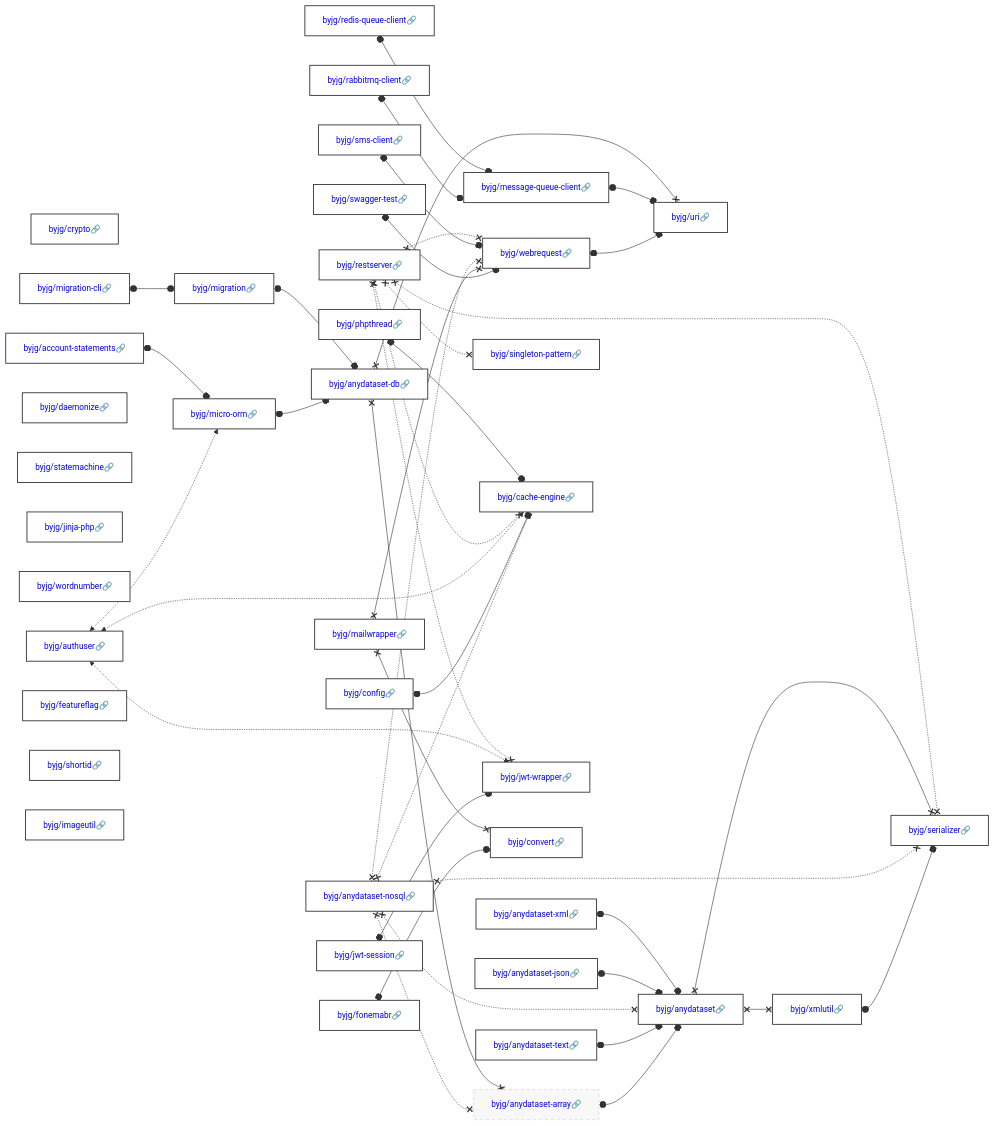
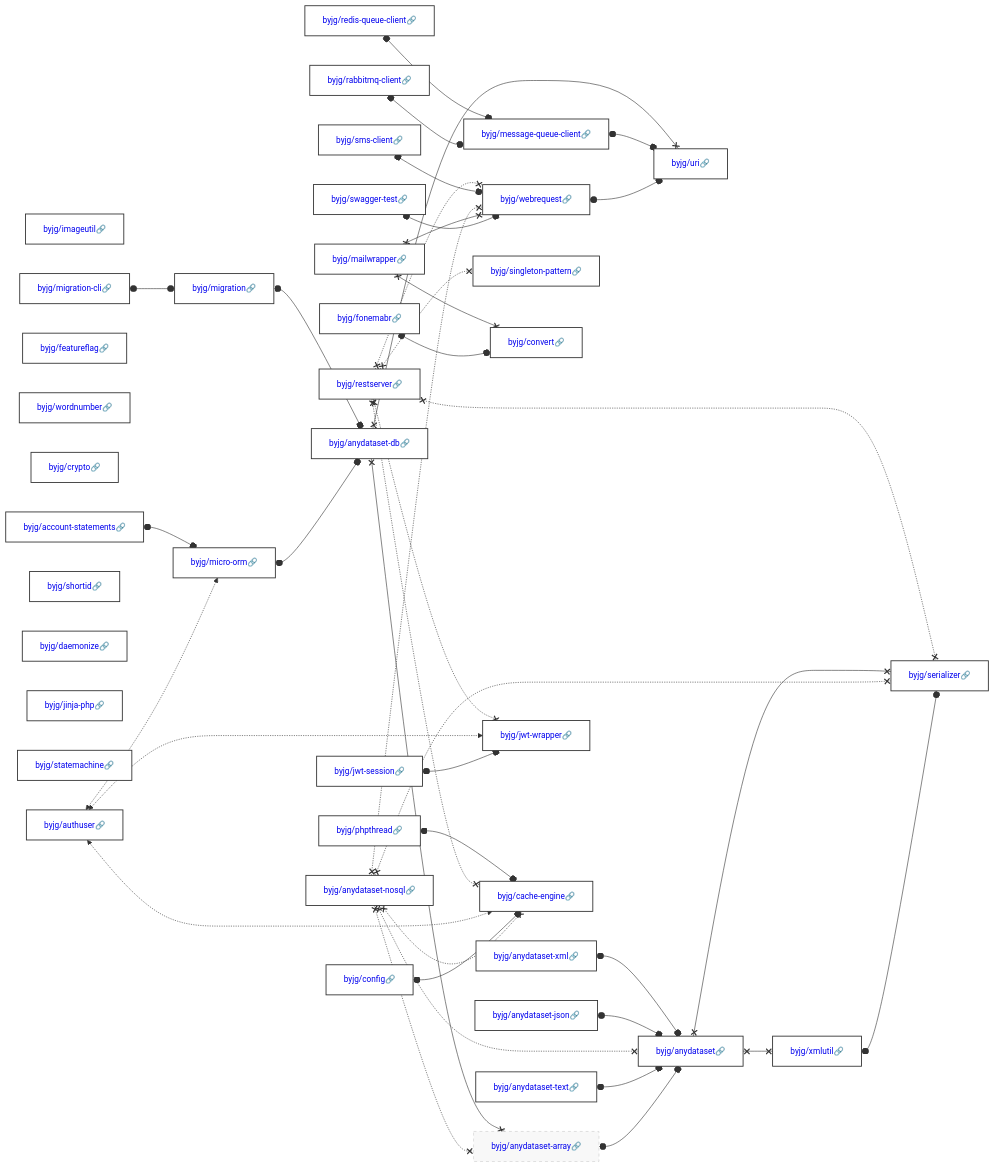
The diagram in docs/php/README.md (byjg/byjg.github.io), drawn with Mermaid before and after one commit. The commit also changed other lines of this file, not shown here.

Commit message:
Update documentation 'php' 'php-anydataset'

````diff
--- a/docs/php/README.md
+++ b/docs/php/README.md
@@ -3,38 +3,38 @@
 ```mermaid
 graph LR;
+  byjg/imageutil[<a href='https://opensource.byjg.com/docs/php/imageutil' style='text-decoration:none'>byjg/imageutil🔗</a>];
+  byjg/config[<a href='https://opensource.byjg.com/docs/php/config' style='text-decoration:none'>byjg/config🔗</a>];
+  byjg/swagger-test[<a href='https://opensource.byjg.com/docs/php/swagger-test' style='text-decoration:none'>byjg/swagger-test🔗</a>];
+  byjg/restserver[<a href='https://opensource.byjg.com/docs/php/restserver' style='text-decoration:none'>byjg/restserver🔗</a>];
+  byjg/redis-queue-client[<a href='https://opensource.byjg.com/docs/php/redis-queue-client' style='text-decoration:none'>byjg/redis-queue-client🔗</a>];
+  byjg/migration-cli[<a href='https://opensource.byjg.com/docs/php/migration-cli' style='text-decoration:none'>byjg/migration-cli🔗</a>];
+  byjg/featureflag[<a href='https://opensource.byjg.com/docs/php/featureflag' style='text-decoration:none'>byjg/featureflag🔗</a>];
+  byjg/anydataset-nosql[<a href='https://opensource.byjg.com/docs/php/anydataset-nosql' style='text-decoration:none'>byjg/anydataset-nosql🔗</a>];
+  byjg/wordnumber[<a href='https://opensource.byjg.com/docs/php/wordnumber' style='text-decoration:none'>byjg/wordnumber🔗</a>];
+  byjg/fonemabr[<a href='https://opensource.byjg.com/docs/php/fonemabr' style='text-decoration:none'>byjg/fonemabr🔗</a>];
   byjg/crypto[<a href='https://opensource.byjg.com/docs/php/crypto' style='text-decoration:none'>byjg/crypto🔗</a>];
+  byjg/account-statements[<a href='https://opensource.byjg.com/docs/php/account-statements' style='text-decoration:none'>byjg/account-statements🔗</a>];
+  byjg/shortid[<a href='https://opensource.byjg.com/docs/php/shortid' style='text-decoration:none'>byjg/shortid🔗</a>];
+  byjg/sms-client[<a href='https://opensource.byjg.com/docs/php/sms-client' style='text-decoration:none'>byjg/sms-client🔗</a>];
+  byjg/anydataset-text[<a href='https://opensource.byjg.com/docs/php/anydataset-text' style='text-decoration:none'>byjg/anydataset-text🔗</a>];
+  byjg/anydataset-xml[<a href='https://opensource.byjg.com/docs/php/anydataset-xml' style='text-decoration:none'>byjg/anydataset-xml🔗</a>];
+  byjg/daemonize[<a href='https://opensource.byjg.com/docs/php/daemonize' style='text-decoration:none'>byjg/daemonize🔗</a>];
+  byjg/mailwrapper[<a href='https://opensource.byjg.com/docs/php/mailwrapper' style='text-decoration:none'>byjg/mailwrapper🔗</a>];
+  byjg/anydataset-json[<a href='https://opensource.byjg.com/docs/php/anydataset-json' style='text-decoration:none'>byjg/anydataset-json🔗</a>];
+  byjg/jinja-php[<a href='https://opensource.byjg.com/docs/php/jinja-php' style='text-decoration:none'>byjg/jinja-php🔗</a>];
+  byjg/statemachine[<a href='https://opensource.byjg.com/docs/php/statemachine' style='text-decoration:none'>byjg/statemachine🔗</a>];
+  byjg/authuser[<a href='https://opensource.byjg.com/docs/php/authuser' style='text-decoration:none'>byjg/authuser🔗</a>];
+  byjg/rabbitmq-client[<a href='https://opensource.byjg.com/docs/php/rabbitmq-client' style='text-decoration:none'>byjg/rabbitmq-client🔗</a>];
+  byjg/jwt-session[<a href='https://opensource.byjg.com/docs/php/jwt-session' style='text-decoration:none'>byjg/jwt-session🔗</a>];
   byjg/phpthread[<a href='https://opensource.byjg.com/docs/php/phpthread' style='text-decoration:none'>byjg/phpthread🔗</a>];
-  byjg/authuser[<a href='https://opensource.byjg.com/docs/php/authuser' style='text-decoration:none'>byjg/authuser🔗</a>];
-  byjg/migration-cli[<a href='https://opensource.byjg.com/docs/php/migration-cli' style='text-decoration:none'>byjg/migration-cli🔗</a>];
-  byjg/anydataset-nosql[<a href='https://opensource.byjg.com/docs/php/anydataset-nosql' style='text-decoration:none'>byjg/anydataset-nosql🔗</a>];
-  byjg/anydataset-text[<a href='https://opensource.byjg.com/docs/php/anydataset-text' style='text-decoration:none'>byjg/anydataset-text🔗</a>];
-  byjg/daemonize[<a href='https://opensource.byjg.com/docs/php/daemonize' style='text-decoration:none'>byjg/daemonize🔗</a>];
-  byjg/fonemabr[<a href='https://opensource.byjg.com/docs/php/fonemabr' style='text-decoration:none'>byjg/fonemabr🔗</a>];
-  byjg/swagger-test[<a href='https://opensource.byjg.com/docs/php/swagger-test' style='text-decoration:none'>byjg/swagger-test🔗</a>];
-  byjg/statemachine[<a href='https://opensource.byjg.com/docs/php/statemachine' style='text-decoration:none'>byjg/statemachine🔗</a>];
-  byjg/anydataset-xml[<a href='https://opensource.byjg.com/docs/php/anydataset-xml' style='text-decoration:none'>byjg/anydataset-xml🔗</a>];
-  byjg/jinja-php[<a href='https://opensource.byjg.com/docs/php/jinja-php' style='text-decoration:none'>byjg/jinja-php🔗</a>];
-  byjg/anydataset-json[<a href='https://opensource.byjg.com/docs/php/anydataset-json' style='text-decoration:none'>byjg/anydataset-json🔗</a>];
-  byjg/redis-queue-client[<a href='https://opensource.byjg.com/docs/php/redis-queue-client' style='text-decoration:none'>byjg/redis-queue-client🔗</a>];
-  byjg/config[<a href='https://opensource.byjg.com/docs/php/config' style='text-decoration:none'>byjg/config🔗</a>];
-  byjg/sms-client[<a href='https://opensource.byjg.com/docs/php/sms-client' style='text-decoration:none'>byjg/sms-client🔗</a>];
-  byjg/wordnumber[<a href='https://opensource.byjg.com/docs/php/wordnumber' style='text-decoration:none'>byjg/wordnumber🔗</a>];
-  byjg/account-statements[<a href='https://opensource.byjg.com/docs/php/account-statements' style='text-decoration:none'>byjg/account-statements🔗</a>];
-  byjg/featureflag[<a href='https://opensource.byjg.com/docs/php/featureflag' style='text-decoration:none'>byjg/featureflag🔗</a>];
-  byjg/shortid[<a href='https://opensource.byjg.com/docs/php/shortid' style='text-decoration:none'>byjg/shortid🔗</a>];
-  byjg/imageutil[<a href='https://opensource.byjg.com/docs/php/imageutil' style='text-decoration:none'>byjg/imageutil🔗</a>];
-  byjg/jwt-session[<a href='https://opensource.byjg.com/docs/php/jwt-session' style='text-decoration:none'>byjg/jwt-session🔗</a>];
-  byjg/rabbitmq-client[<a href='https://opensource.byjg.com/docs/php/rabbitmq-client' style='text-decoration:none'>byjg/rabbitmq-client🔗</a>];
-  byjg/restserver[<a href='https://opensource.byjg.com/docs/php/restserver' style='text-decoration:none'>byjg/restserver🔗</a>];
-  byjg/mailwrapper[<a href='https://opensource.byjg.com/docs/php/mailwrapper' style='text-decoration:none'>byjg/mailwrapper🔗</a>];
+  byjg/singleton-pattern[<a href='https://opensource.byjg.com/docs/php/singleton-pattern' style='text-decoration:none'>byjg/singleton-pattern🔗</a>];
   byjg/migration[<a href='https://opensource.byjg.com/docs/php/migration' style='text-decoration:none'>byjg/migration🔗</a>];
+  byjg/convert[<a href='https://opensource.byjg.com/docs/php/convert' style='text-decoration:none'>byjg/convert🔗</a>];
+  byjg/webrequest[<a href='https://opensource.byjg.com/docs/php/webrequest' style='text-decoration:none'>byjg/webrequest🔗</a>];
   byjg/micro-orm[<a href='https://opensource.byjg.com/docs/php/micro-orm' style='text-decoration:none'>byjg/micro-orm🔗</a>];
   byjg/message-queue-client[<a href='https://opensource.byjg.com/docs/php/message-queue-client' style='text-decoration:none'>byjg/message-queue-client🔗</a>];
-  byjg/singleton-pattern[<a href='https://opensource.byjg.com/docs/php/singleton-pattern' style='text-decoration:none'>byjg/singleton-pattern🔗</a>];
+  byjg/jwt-wrapper[<a href='https://opensource.byjg.com/docs/php/jwt-wrapper' style='text-decoration:none'>byjg/jwt-wrapper🔗</a>];
   byjg/cache-engine[<a href='https://opensource.byjg.com/docs/php/cache-engine' style='text-decoration:none'>byjg/cache-engine🔗</a>];
-  byjg/jwt-wrapper[<a href='https://opensource.byjg.com/docs/php/jwt-wrapper' style='text-decoration:none'>byjg/jwt-wrapper🔗</a>];
-  byjg/convert[<a href='https://opensource.byjg.com/docs/php/convert' style='text-decoration:none'>byjg/convert🔗</a>];
-  byjg/webrequest[<a href='https://opensource.byjg.com/docs/php/webrequest' style='text-decoration:none'>byjg/webrequest🔗</a>];
   byjg/anydataset-db[<a href='https://opensource.byjg.com/docs/php/anydataset-db' style='text-decoration:none'>byjg/anydataset-db🔗</a>];
   byjg/anydataset-array[<a href='https://opensource.byjg.com/docs/php/anydataset-array' style='text-decoration:none'>byjg/anydataset-array🔗</a>];
   byjg/uri[<a href='https://opensource.byjg.com/docs/php/uri' style='text-decoration:none'>byjg/uri🔗</a>];
````
